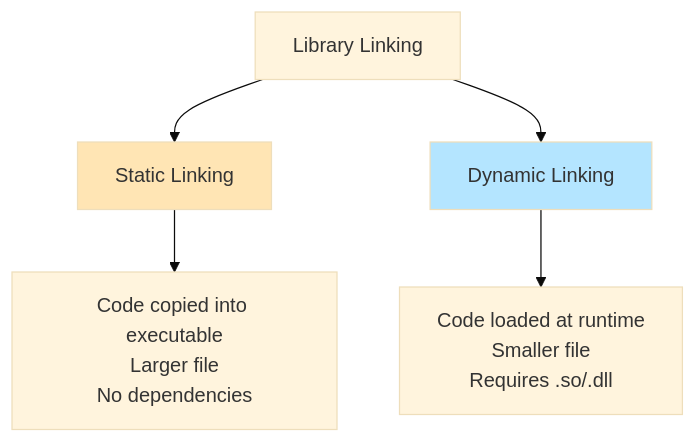
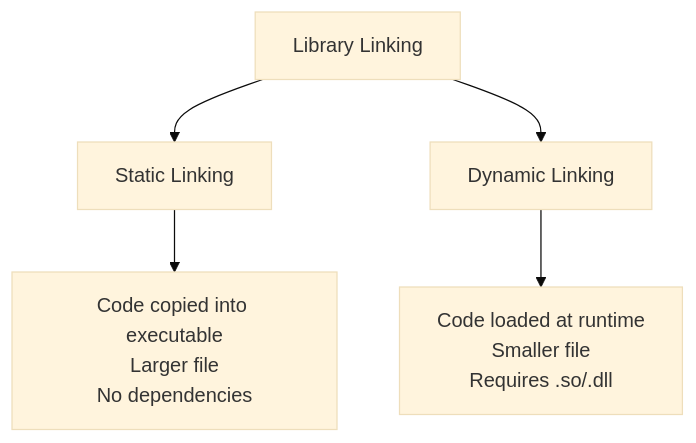
The diagram in docs/programming/cpp/01-toolchain-and-build/static-vs-dynamic-linking.md (AndriiSonsiadlo/knowledge-base), drawn with Mermaid (base theme) before and after one commit. The commit also changed 6 other files, not shown here.

Commit message:
style (C++): drop hardcoded mermaid fills in overview and toolchain diagrams

````diff
--- a/docs/programming/cpp/01-toolchain-and-build/static-vs-dynamic-linking.md
+++ b/docs/programming/cpp/01-toolchain-and-build/static-vs-dynamic-linking.md
@@ -20,11 +20,9 @@
 ```mermaid
 graph TD
     A[Library Linking] --> B[Static Linking]
     A --> C[Dynamic Linking]
     
     B --> D[Code copied into executable<br/>Larger file<br/>No dependencies]
     C --> E[Code loaded at runtime<br/>Smaller file<br/>Requires .so/.dll]
     
-    style B fill:#FFE5B4
-    style C fill:#B4E5FF
 ```
````
